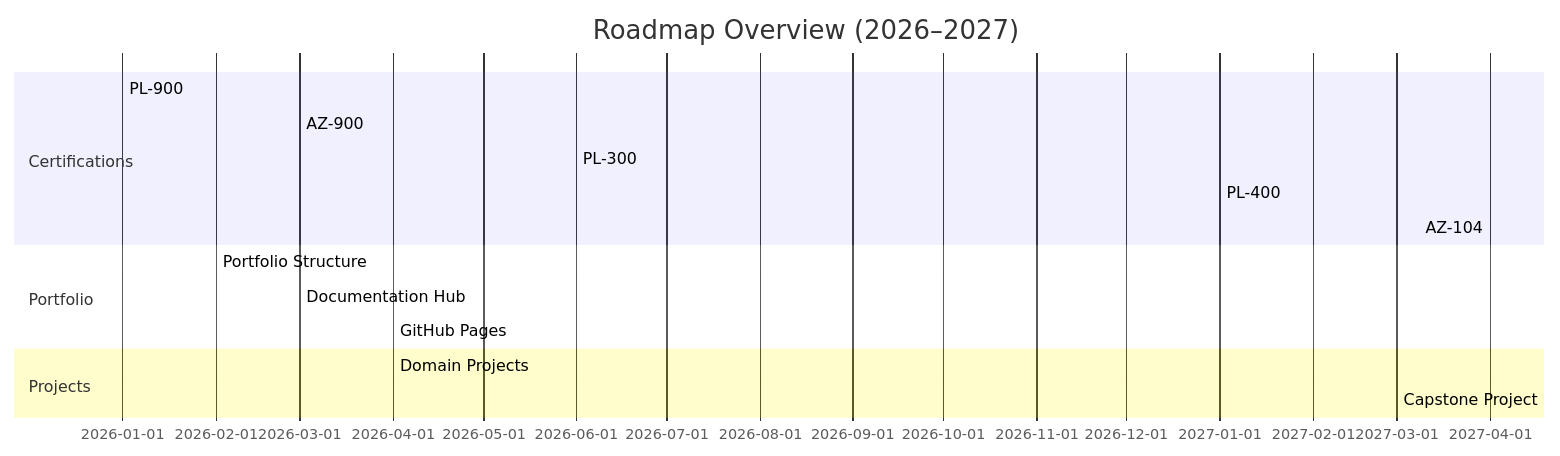
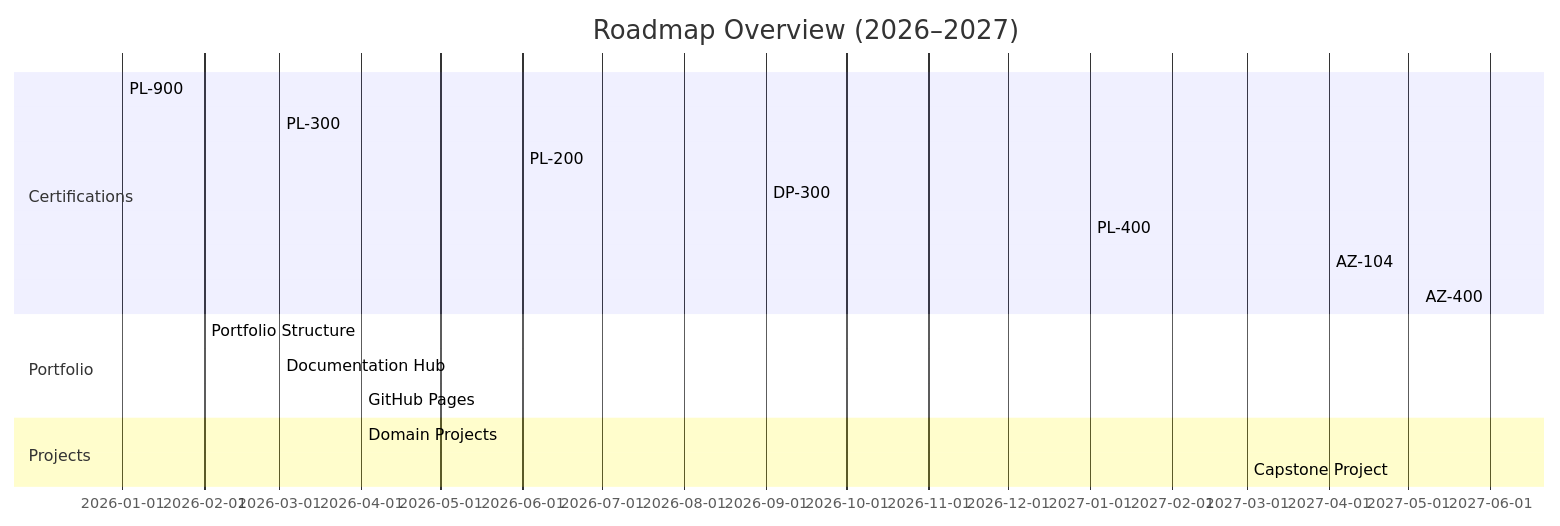
Before and after one commit to joshuawozny/cloud-powerplatform-portfolio: the diagram in roadmap/README.md, drawn with Mermaid. The commit also changed other lines of this file, not shown here.

````diff
--- a/roadmap/README.md
+++ b/roadmap/README.md
@@ -67,21 +79,20 @@
 ```mermaid
 gantt
     dateFormat  YYYY-MM
     title Roadmap Overview (2026–2027)
-
     section Certifications
     PL-900                :done,    p1, 2026-01, 1m
-    AZ-900                :active,  p2, 2026-03, 1m
-    PL-300                :         p3, 2026-06, 2m
-    PL-400                :         p4, 2027-01, 2m
-    AZ-104                :         p5, 2027-04, 2m
-
+    PL-300                :active,  p2, 2026-03, 2m
+    PL-200                :         p3, 2026-06, 2m
+    DP-300                :         p4, 2026-09, 2m
+    PL-400                :         p5, 2027-01, 2m
+    AZ-104                :         p6, 2027-04, 2m
+    AZ-400                :         p7, 2027-06, 2m
     section Portfolio
-    Portfolio Structure   :active,  s1, 2026-02, 3m
-    Documentation Hub     :         s2, 2026-03, 6m
+    Portfolio Structure   :done,    s1, 2026-02, 3m
+    Documentation Hub     :active,  s2, 2026-03, 6m
     GitHub Pages          :         s3, 2026-04, 2m
-
     section Projects
-    Domain Projects       :         d1, 2026-04, 12m
+    Domain Projects       :active,  d1, 2026-04, 12m
     Capstone Project      :         d2, 2027-03, 6m
 ```
````
